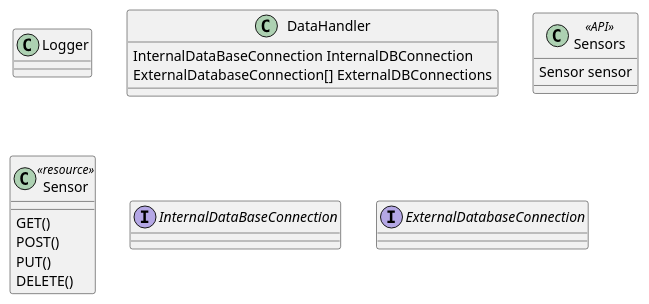
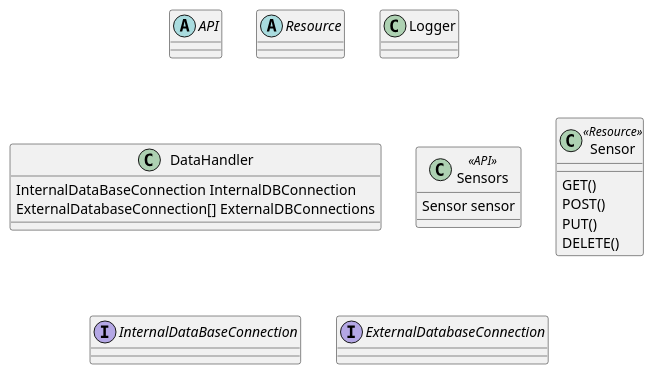
One commit to CharisGrubb/SensorCommandCenter changed the diagram in Documentation/UML/SCC.puml. Above: the diagram before and after it, drawn with PlantUML. The commit also changed 1 other file, not shown here.

```diff
--- a/Documentation/UML/SCC.puml
+++ b/Documentation/UML/SCC.puml
@@ -1,30 +1,31 @@
 @startuml 
 
 
-
+abstract API{}
+abstract Resource{}
 
 class Logger{
 
 }
 
 class DataHandler{
     
 InternalDataBaseConnection InternalDBConnection
 ExternalDatabaseConnection[] ExternalDBConnections
 
 }
 
 class Sensors <<API>>{
     Sensor sensor
 }
-class Sensor <<resource>>{
+class Sensor <<Resource>>{
     GET()
     POST()
     PUT()
     DELETE()
 }
 
 Interface InternalDataBaseConnection
 Interface ExternalDatabaseConnection
 
 @enduml
```
